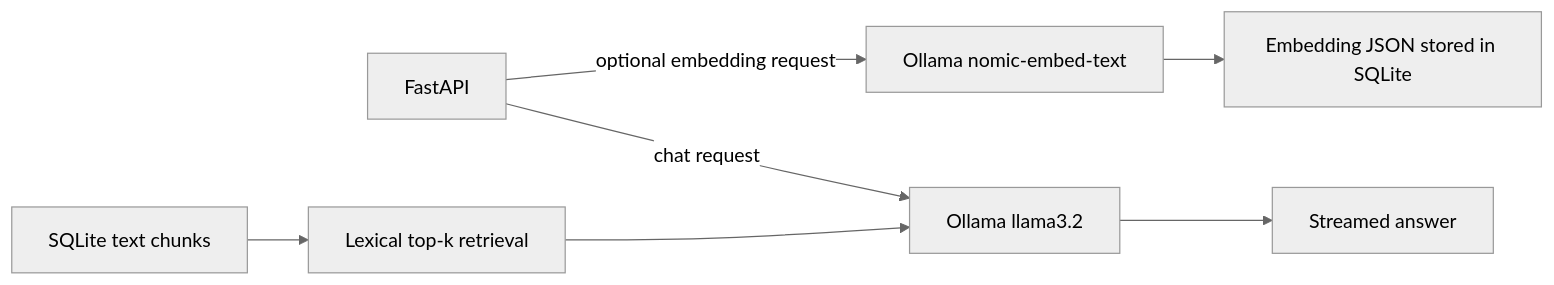
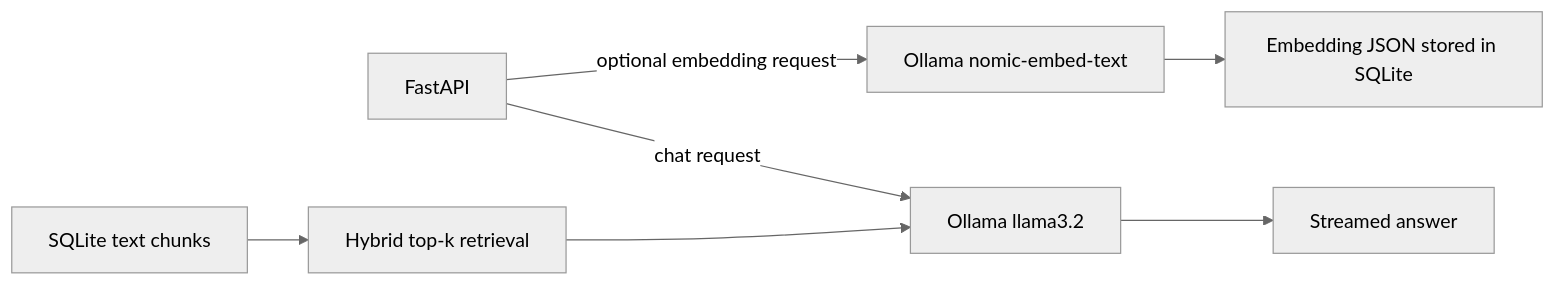
One commit to veer-bajpai/FRIDAY-Local-First-AI-Developer-and-Knowledge-Assistant changed the third of 3 diagrams in README.md. Above: the diagram before and after it, drawn with Mermaid (neutral theme). The commit also changed other lines of this file and 98 other files, not shown here.

````diff
--- a/README.md
+++ b/README.md
@@ -742,9 +746,9 @@
 ```mermaid
 flowchart LR
       API[FastAPI] -->|optional embedding request| Embed[Ollama nomic-embed-text]
       Embed --> Store[Embedding JSON stored in SQLite]
       API -->|chat request| Generate[Ollama llama3.2]
-      Chunks[SQLite text chunks] --> Rank[Lexical top-k retrieval]
+      Chunks[SQLite text chunks] --> Rank[Hybrid top-k retrieval]
       Rank --> Generate
       Generate --> Answer[Streamed answer]
 ```
````
